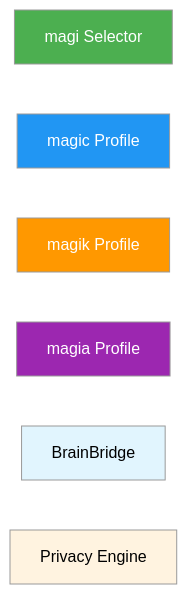
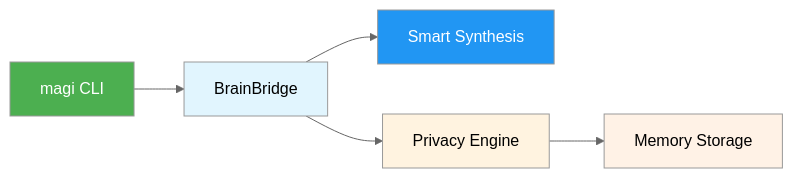
One commit to dossant-llc/magi changed the ninth of 9 diagrams in docs/architecture/ARCHITECTURE_SUMMARY.md. Above: the diagram before and after it, drawn with Mermaid (neutral theme). The commit also changed other lines of this file and 7 other files, not shown here.

First line of the commit message:
docs: Update architecture documentation and project metadata

````diff
--- a/docs/architecture/ARCHITECTURE_SUMMARY.md
+++ b/docs/architecture/ARCHITECTURE_SUMMARY.md
@@ -542,16 +433,19 @@
 ```mermaid
 graph LR
-    MAGI[magi Selector]:::controller
-    MAGIC[magic Profile]:::personal  
-    MAGIK[magik Profile]:::business
-    MAGIA[magia Profile]:::development
+    MAGI[magi CLI]:::controller
+    SYNTHESIS[Smart Synthesis]:::synthesis
     MCP[BrainBridge]:::core
     PE[Privacy Engine]:::security
-    
+    MEMORIES[Memory Storage]:::storage
+
+    MAGI --> MCP
+    MCP --> SYNTHESIS
+    MCP --> PE
+    PE --> MEMORIES
+
     classDef controller fill:#4caf50,color:#fff
-    classDef personal fill:#2196f3,color:#fff
-    classDef business fill:#ff9800,color:#fff
-    classDef development fill:#9c27b0,color:#fff
+    classDef synthesis fill:#2196f3,color:#fff
     classDef core fill:#e1f5fe
     classDef security fill:#fff3e0
+    classDef storage fill:#fff2e6
 ```
````
